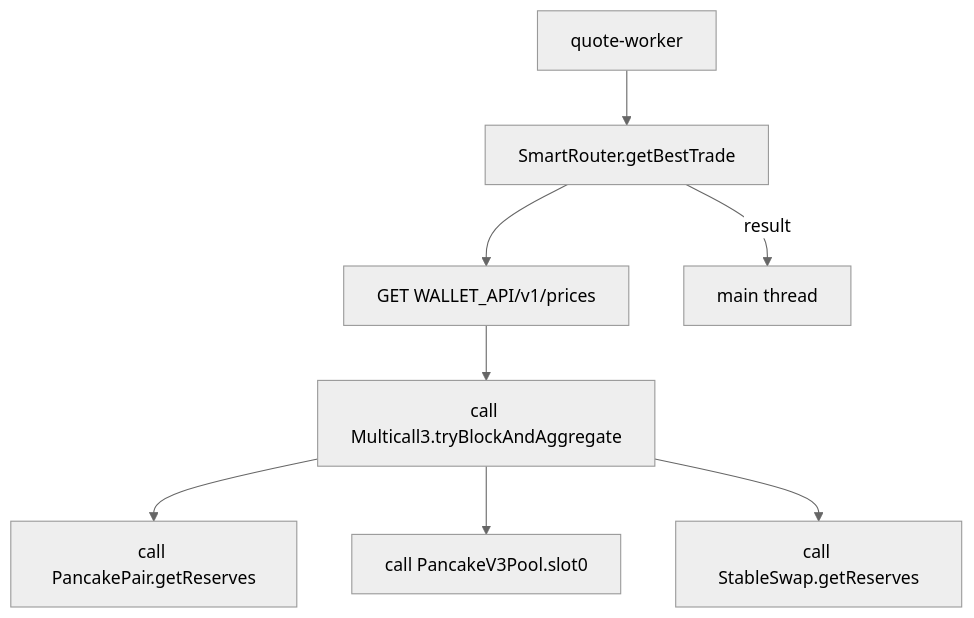
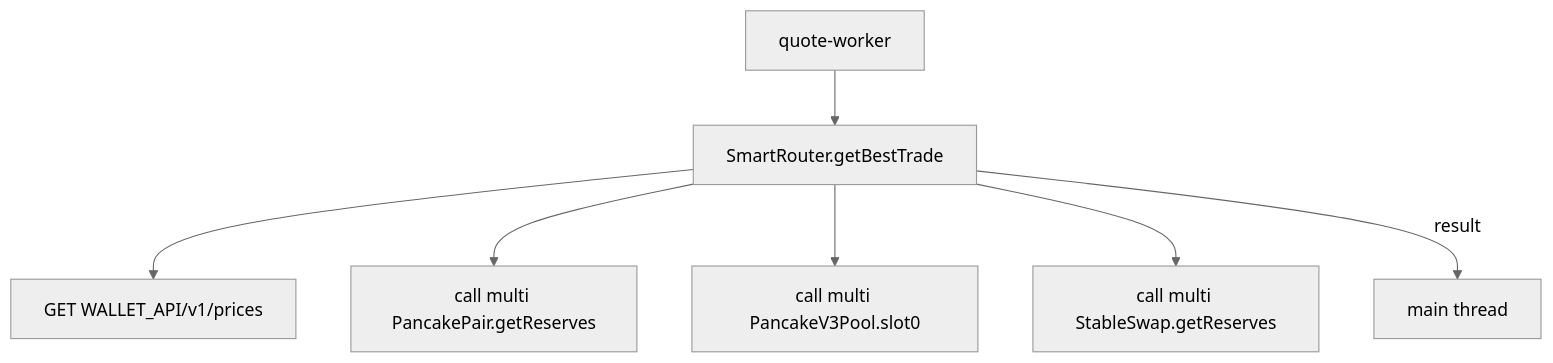
Before and after one commit to chef-ryan/pancake-frontend: the second of 5 diagrams in apps/web/src/quoter/viz.md, drawn with Mermaid (neutral theme). The commit also changed other lines of this file, not shown here.

````diff
--- a/apps/web/src/quoter/viz.md
+++ b/apps/web/src/quoter/viz.md
@@ -100,11 +102,10 @@
 ```mermaid
 flowchart TD
     QW[quote-worker]
     QW --> SR[SmartRouter.getBestTrade]
     SR --> WA["GET WALLET_API/v1/prices"]
-    WA --> M3["call Multicall3.tryBlockAndAggregate"]
-    M3 --> V2["call PancakePair.getReserves"]
-    M3 --> V3["call PancakeV3Pool.slot0"]
-    M3 --> ST["call StableSwap.getReserves"]
+    SR --> V2["call multi PancakePair.getReserves"]
+    SR --> V3["call multi PancakeV3Pool.slot0"]
+    SR --> ST["call multi StableSwap.getReserves"]
     SR -->|result| MAIN[main thread]
 ```
````
